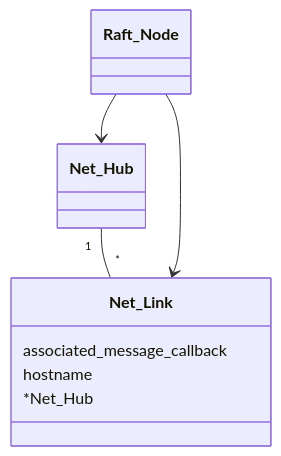
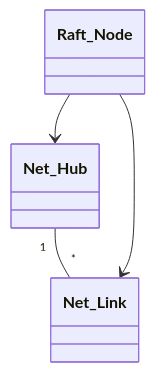
One commit to frett27/Ada-Raft changed the first of 2 diagrams in doc/conception.md. Above: the diagram before and after it, drawn with Mermaid. The commit also changed other lines of this file, not shown here.

Commit message:
update architecture / implementation documentation

````diff
--- a/doc/conception.md
+++ b/doc/conception.md
@@ -20,23 +13,9 @@
 ```mermaid
 classDiagram
-
-    class Net_Hub {
-    
-    }
-
-    class Net_Link {
-        associated_message_callback
-        hostname
-        *Net_Hub
-    }
-
+    class Net_Hub
+    class Net_Link
+    class Raft_Node
     Net_Hub "1" -- "*" Net_Link
-    
-
-    class Raft_Node {
-    
-    }
-
     Raft_Node --> Net_Hub
     Raft_Node --> Net_Link
 ```
````
